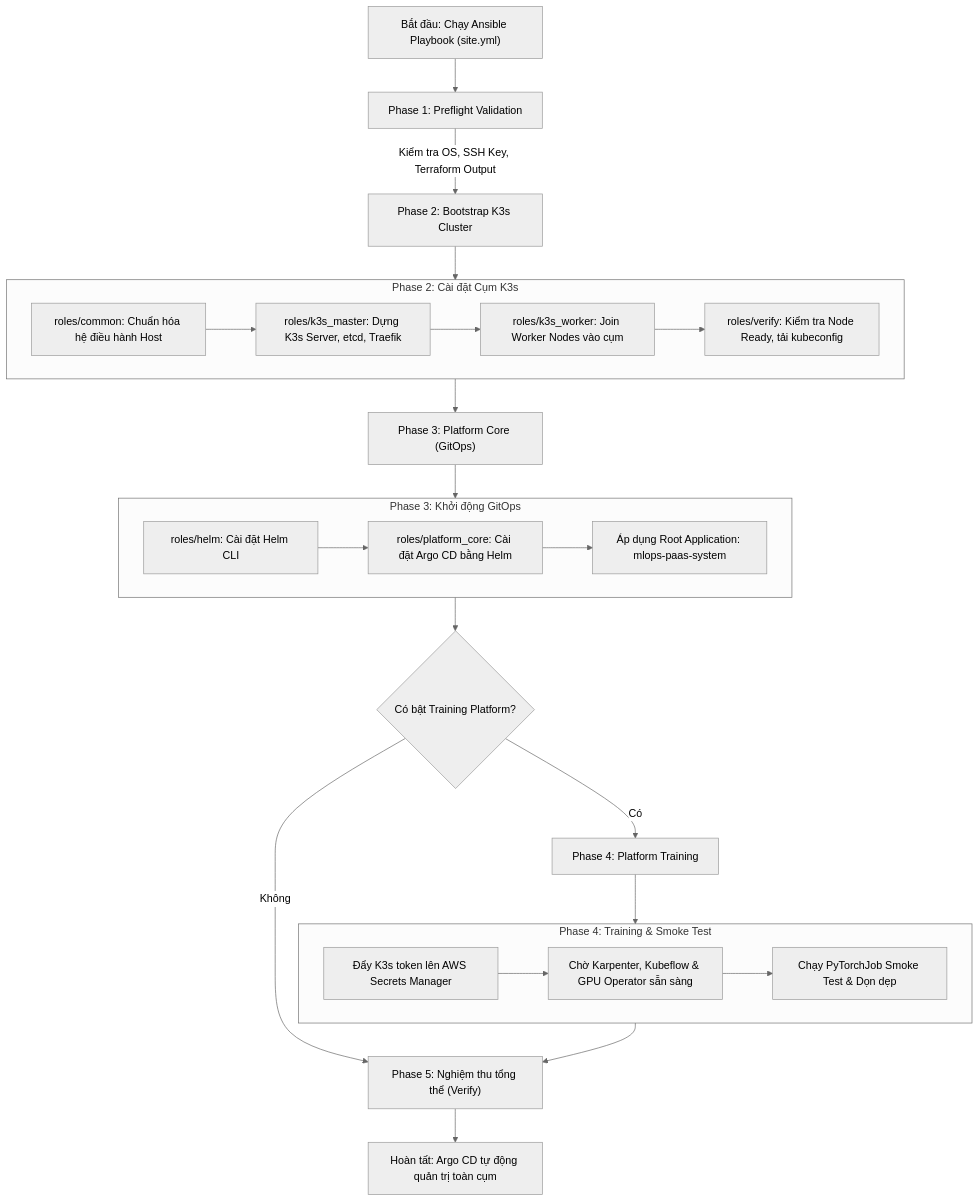
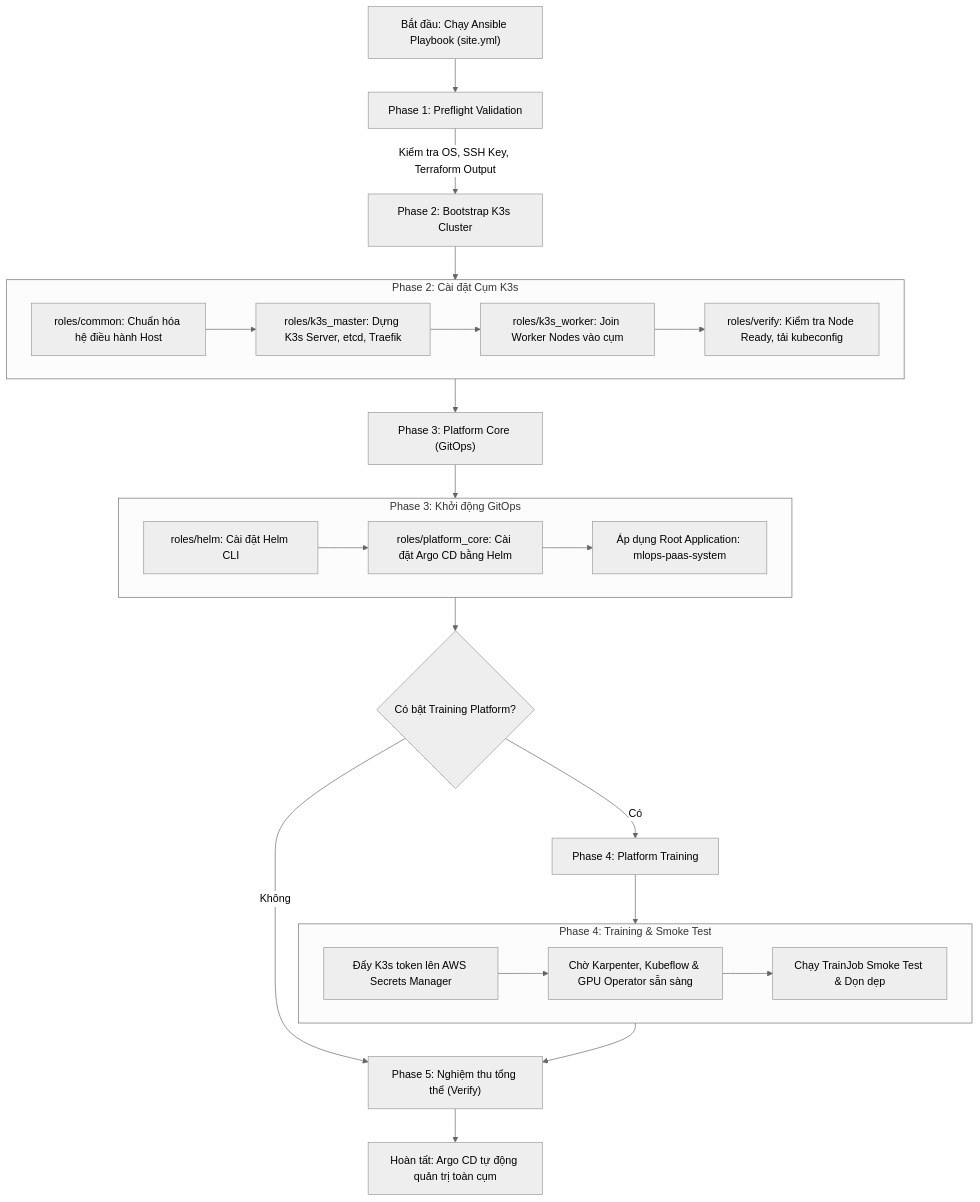
The diagram in ansible/README.md (Viet-Hoang-2005/MLOps-paas-system), drawn with Mermaid (neutral theme) before and after one commit. The commit also changed other lines of this file and 49 other files, not shown here.

````diff
--- a/ansible/README.md
+++ b/ansible/README.md
@@ -63,39 +63,39 @@
 ```mermaid
 flowchart TD
     A["Bắt đầu: Chạy Ansible Playbook (site.yml)"] --> B["Phase 1: Preflight Validation"]
     B -->|Kiểm tra OS, SSH Key, Terraform Output| C["Phase 2: Bootstrap K3s Cluster"]
     
     subgraph Bootstrap ["Phase 2: Cài đặt Cụm K3s"]
         C1["roles/common: Chuẩn hóa hệ điều hành Host"]
         C2["roles/k3s_master: Dựng K3s Server, etcd, Traefik"]
         C3["roles/k3s_worker: Join Worker Nodes vào cụm"]
         C4["roles/verify: Kiểm tra Node Ready, tải kubeconfig"]
         C1 --> C2 --> C3 --> C4
     end
 
     C --> Bootstrap
     Bootstrap --> D["Phase 3: Platform Core (GitOps)"]
 
     subgraph GitOpsInit ["Phase 3: Khởi động GitOps"]
         D1["roles/helm: Cài đặt Helm CLI"]
         D2["roles/platform_core: Cài đặt Argo CD bằng Helm"]
         D3["Áp dụng Root Application: mlops-paas-system"]
         D1 --> D2 --> D3
     end
 
     D --> GitOpsInit
     GitOpsInit --> E{"Có bật Training Platform?"}
     
     E -- Có --> F["Phase 4: Platform Training"]
     subgraph TrainingInit ["Phase 4: Training & Smoke Test"]
         F1["Đẩy K3s token lên AWS Secrets Manager"]
         F2["Chờ Karpenter, Kubeflow & GPU Operator sẵn sàng"]
-        F3["Chạy PyTorchJob Smoke Test & Dọn dẹp"]
+        F3["Chạy TrainJob Smoke Test & Dọn dẹp"]
         F1 --> F2 --> F3
     end
     F --> TrainingInit
     TrainingInit --> G["Phase 5: Nghiệm thu tổng thể (Verify)"]
 
     E -- Không --> G
     G --> H["Hoàn tất: Argo CD tự động quản trị toàn cụm"]
 ```
````
